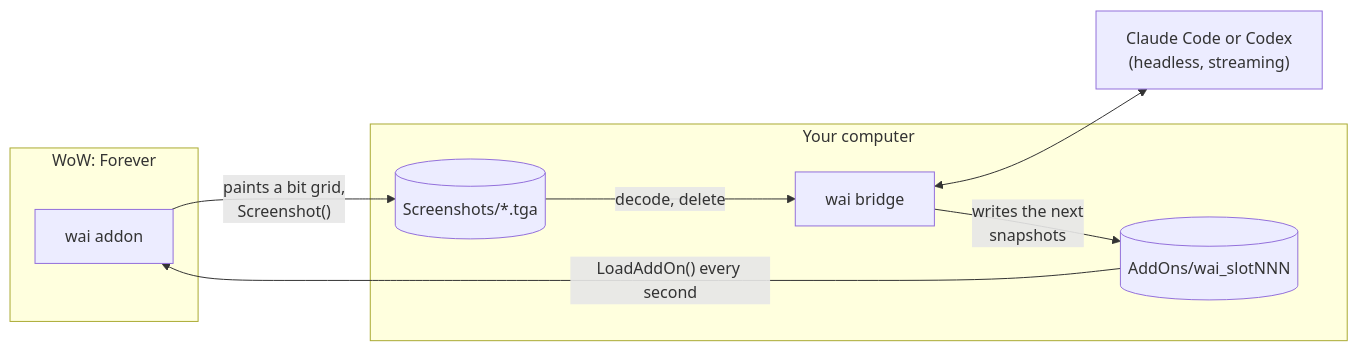
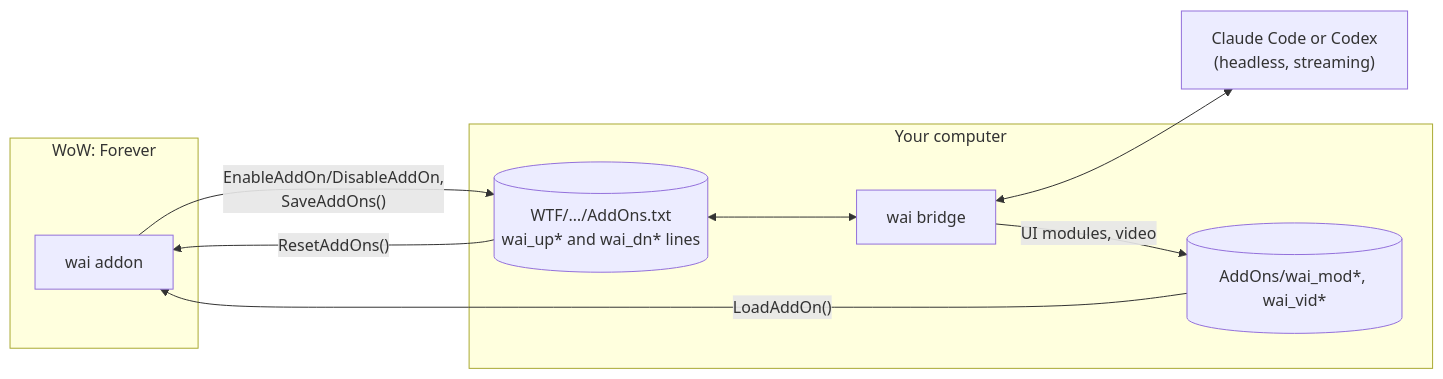
The diagram in README.md (dan-myles/wai), drawn with Mermaid before and after one commit. The commit also changed other lines of this file and 27 other files, not shown here.

First line of the commit message:
feat: live link over helper addon states replaces screenshots and message slots (v0.9.4-nightly.3)

````diff
--- a/README.md
+++ b/README.md
@@ -162,18 +162,19 @@
 ```mermaid
 flowchart LR
     subgraph game["WoW: Forever"]
         addon["wai addon"]
     end
     subgraph pc["Your computer"]
-        tga[("Screenshots/*.tga")]
+        txt[("WTF/…/AddOns.txt<br/>wai_up* and wai_dn* lines")]
         bridge["wai bridge"]
-        slots[("AddOns/wai_slotNNN")]
+        slots[("AddOns/wai_mod*, wai_vid*")]
     end
     claude["Claude Code or Codex<br/>(headless, streaming)"]
 
-    addon -- "paints a bit grid,<br/>Screenshot()" --> tga
-    tga -- "decode, delete" --> bridge
+    addon -- "EnableAddOn/DisableAddOn,<br/>SaveAddOns()" --> txt
+    txt -- "ResetAddOns()" --> addon
+    txt <--> bridge
     bridge <--> claude
-    bridge -- "writes the next<br/>snapshots" --> slots
-    slots -- "LoadAddOn() every second" --> addon
+    bridge -- "UI modules, video" --> slots
+    slots -- "LoadAddOn()" --> addon
 ```
````
